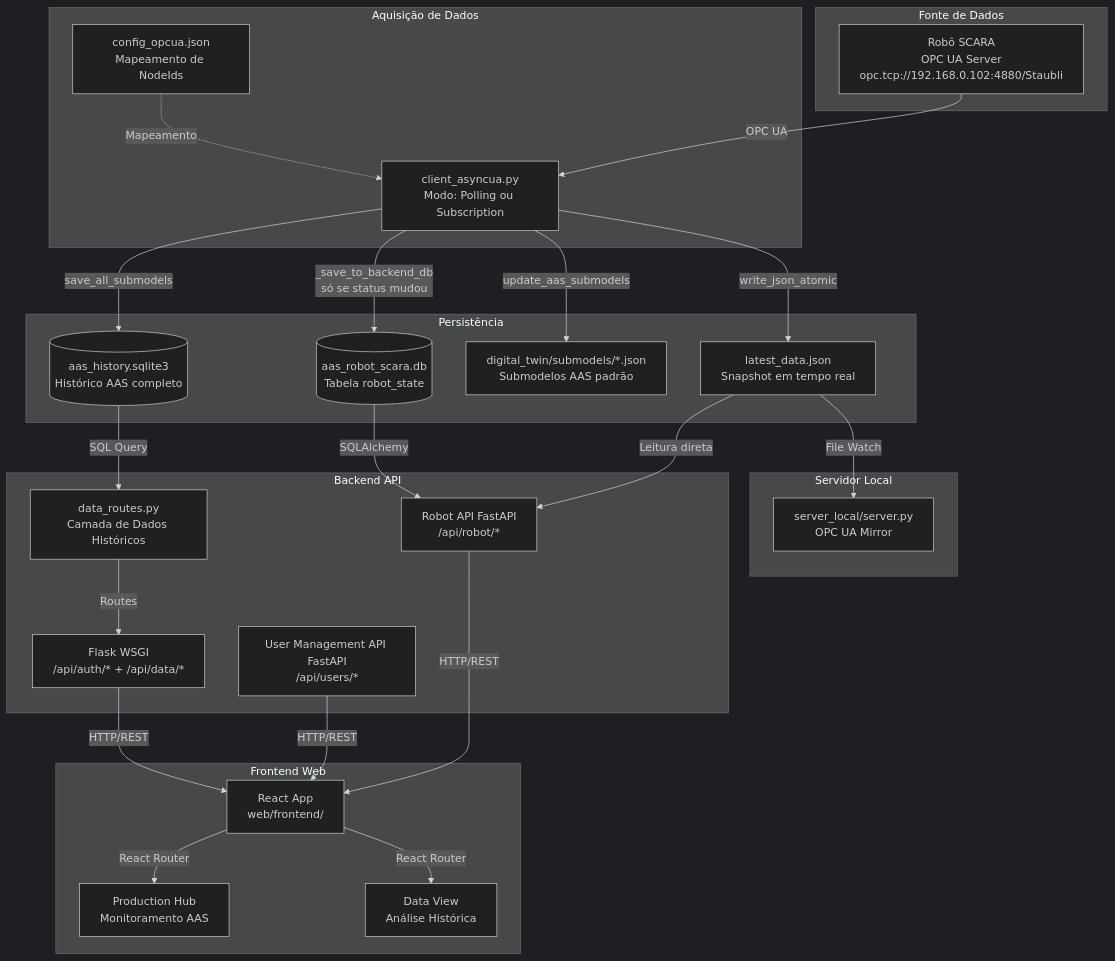
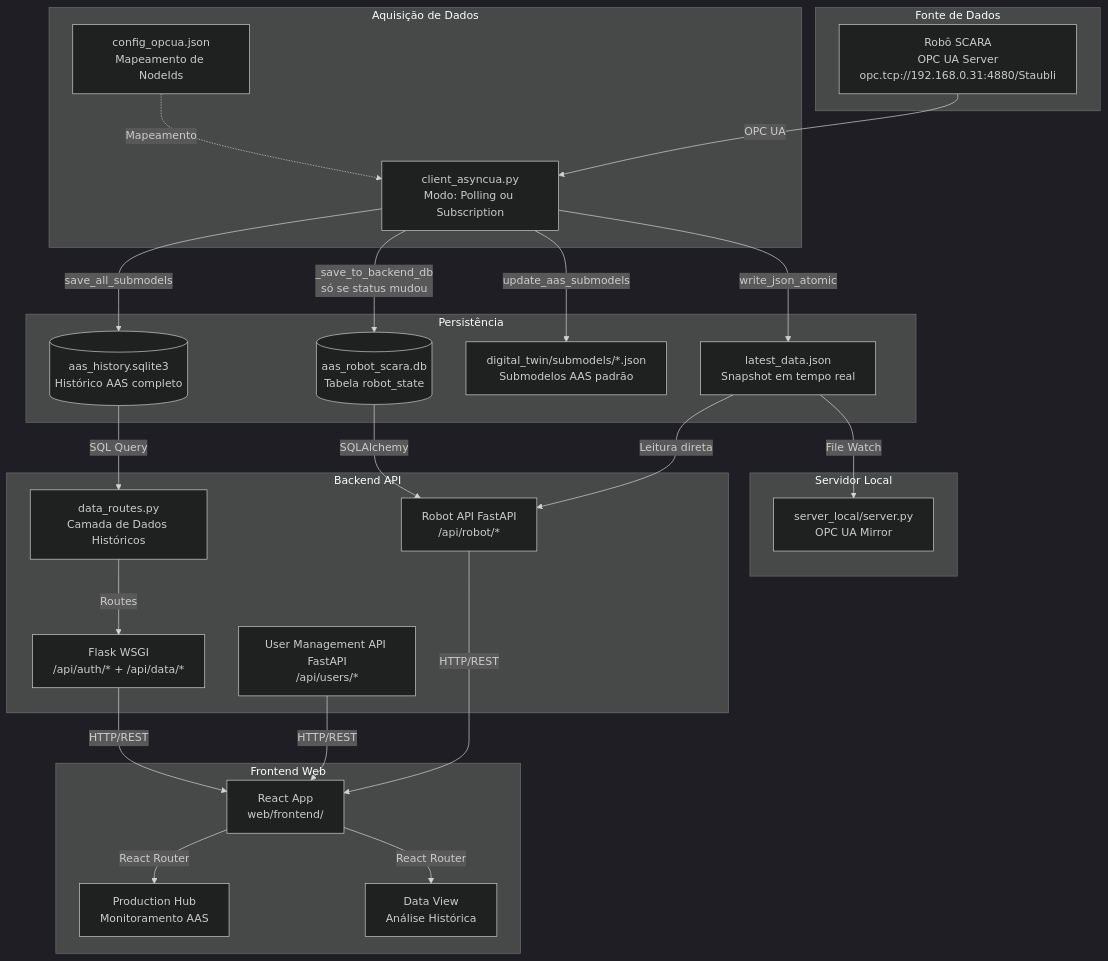
One commit to weid12/aas-robo-scara changed the second of 9 diagrams in docs/SYSTEM_FLOW.md. Above: the diagram before and after it, drawn with Mermaid (dark theme). The commit also changed other lines of this file and 23 other files, not shown here.

````diff
--- a/docs/SYSTEM_FLOW.md
+++ b/docs/SYSTEM_FLOW.md
@@ -85,52 +85,52 @@
 ```mermaid
 graph TB
     subgraph "Fonte de Dados"
-        Robot[Robô SCARA<br/>OPC UA Server<br/>opc.tcp://192.168.0.102:4880/Staubli]
+        Robot[Robô SCARA<br/>OPC UA Server<br/>opc.tcp://192.168.0.31:4880/Staubli]
     end
 
     subgraph "Aquisição de Dados"
         OPCClient[client_asyncua.py<br/>Modo: Polling ou Subscription]
         Config[config_opcua.json<br/>Mapeamento de NodeIds]
     end
 
     subgraph "Persistência"
         JSON[latest_data.json<br/>Snapshot em tempo real]
         DB[(aas_history.sqlite3<br/>Histórico AAS completo)]
         AAS[digital_twin/submodels/*.json<br/>Submodelos AAS padrão]
         BackendDB[(aas_robot_scara.db<br/>Tabela robot_state)]
     end
 
     subgraph "Servidor Local"
         LocalServer[server_local/server.py<br/>OPC UA Mirror]
     end
 
     subgraph "Backend API"
         FastAPI_Robot[Robot API FastAPI<br/>/api/robot/*]
         FastAPI_User[User Management API FastAPI<br/>/api/users/*]
         Flask[Flask WSGI<br/>/api/auth/* + /api/data/*]
         DBModule[data_routes.py<br/>Camada de Dados Históricos]
     end
 
     subgraph "Frontend Web"
         React[React App<br/>web/frontend/]
         Dashboard[Production Hub<br/>Monitoramento AAS]
         DataView[Data View<br/>Análise Histórica]
     end
 
     Robot -->|OPC UA| OPCClient
     Config -.->|Mapeamento| OPCClient
     OPCClient -->|write_json_atomic| JSON
     OPCClient -->|save_all_submodels| DB
     OPCClient -->|update_aas_submodels| AAS
     OPCClient -->|_save_to_backend_db<br/>só se status mudou| BackendDB
     JSON -->|File Watch| LocalServer
     JSON -->|Leitura direta| FastAPI_Robot
     BackendDB -->|SQLAlchemy| FastAPI_Robot
     DB -->|SQL Query| DBModule
     DBModule -->|Routes| Flask
     FastAPI_Robot -->|HTTP/REST| React
     FastAPI_User -->|HTTP/REST| React
     Flask -->|HTTP/REST| React
     React -->|React Router| Dashboard
     React -->|React Router| DataView
 ```
````
